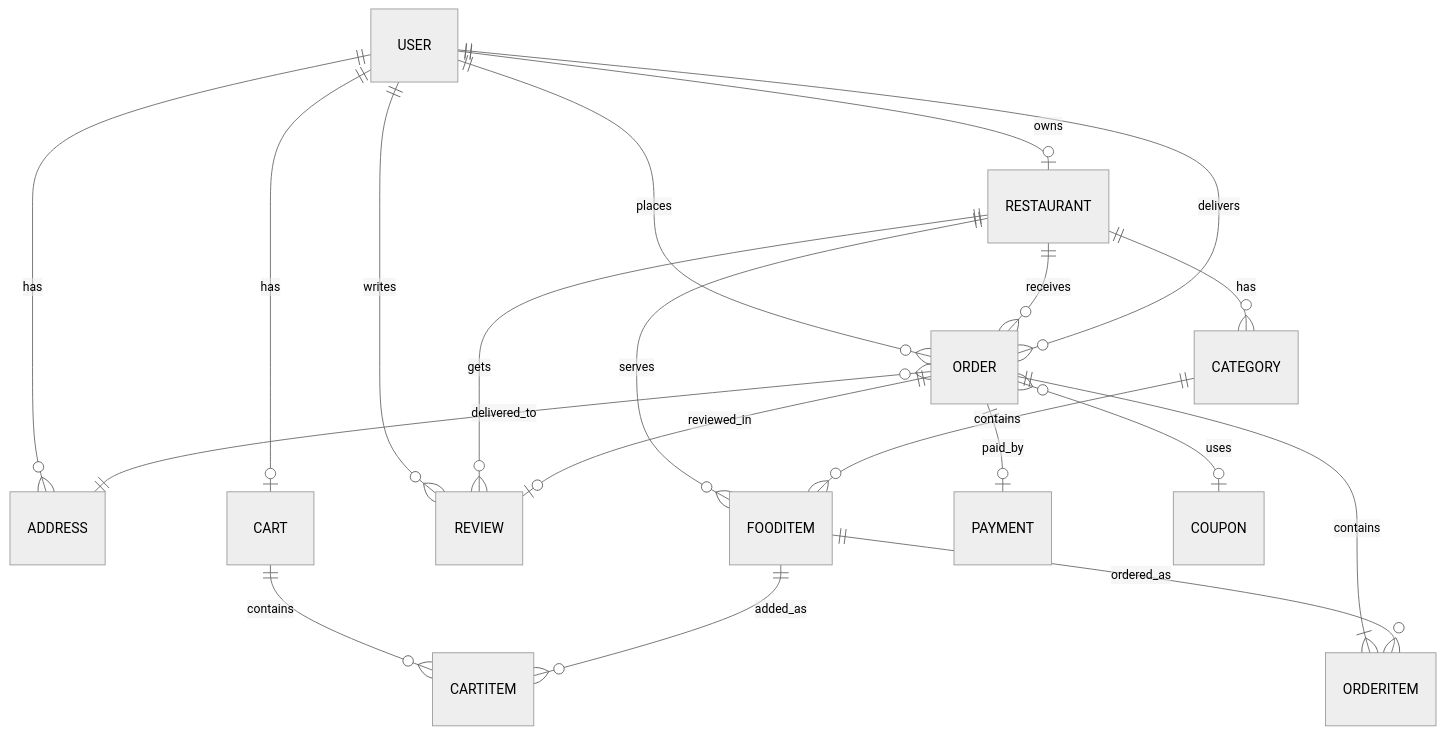
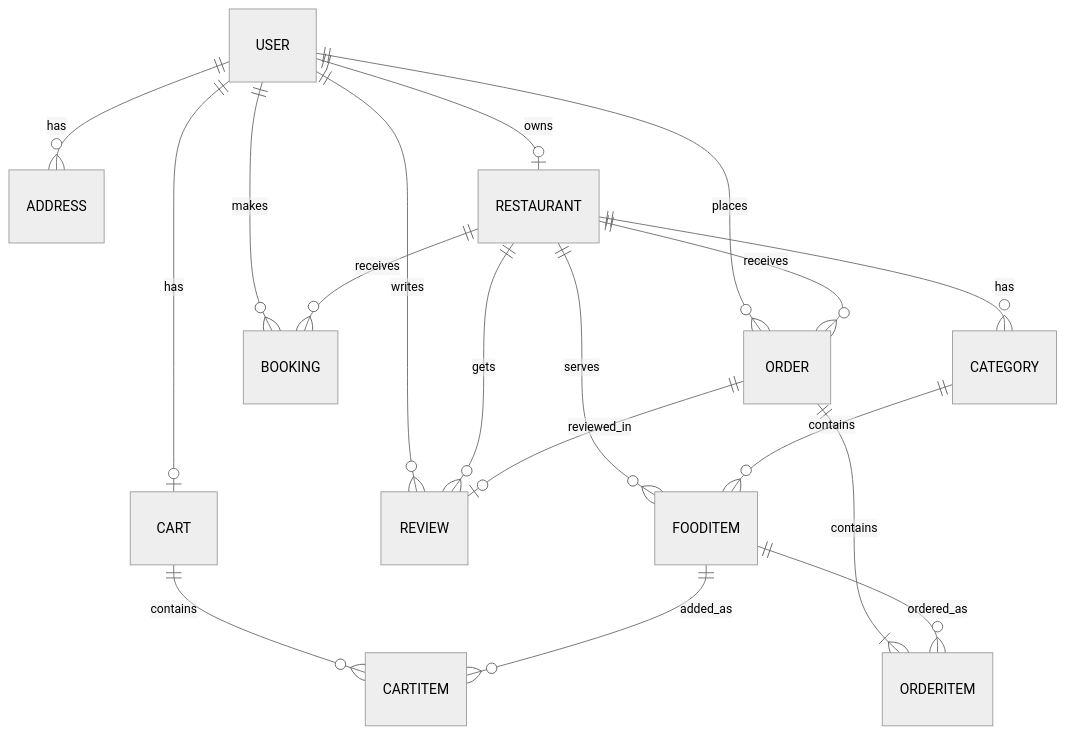
Before and after one commit to prashantkumar07350-cyber/foodie-app: the diagram in docs/ER_DIAGRAM.md, drawn with Mermaid (neutral theme). The commit also changed other lines of this file and 2 other files, not shown here.

Commit message:
Update ER diagram to match current models

````diff
--- a/docs/ER_DIAGRAM.md
+++ b/docs/ER_DIAGRAM.md
@@ -1,22 +3,20 @@
 ```mermaid
 erDiagram
     USER ||--o{ ADDRESS : has
     USER ||--o| RESTAURANT : owns
     USER ||--o| CART : has
     USER ||--o{ ORDER : places
+    USER ||--o{ BOOKING : makes
     USER ||--o{ REVIEW : writes
     RESTAURANT ||--o{ CATEGORY : has
     RESTAURANT ||--o{ FOODITEM : serves
     RESTAURANT ||--o{ ORDER : receives
+    RESTAURANT ||--o{ BOOKING : receives
     RESTAURANT ||--o{ REVIEW : gets
     CATEGORY ||--o{ FOODITEM : contains
     CART ||--o{ CARTITEM : contains
     FOODITEM ||--o{ CARTITEM : added_as
     ORDER ||--|{ ORDERITEM : contains
     FOODITEM ||--o{ ORDERITEM : ordered_as
-    ORDER ||--o| PAYMENT : paid_by
     ORDER ||--o| REVIEW : reviewed_in
-    ORDER }o--o| COUPON : uses
-    ORDER }o--|| ADDRESS : delivered_to
-    USER ||--o{ ORDER : delivers
 ```
````
